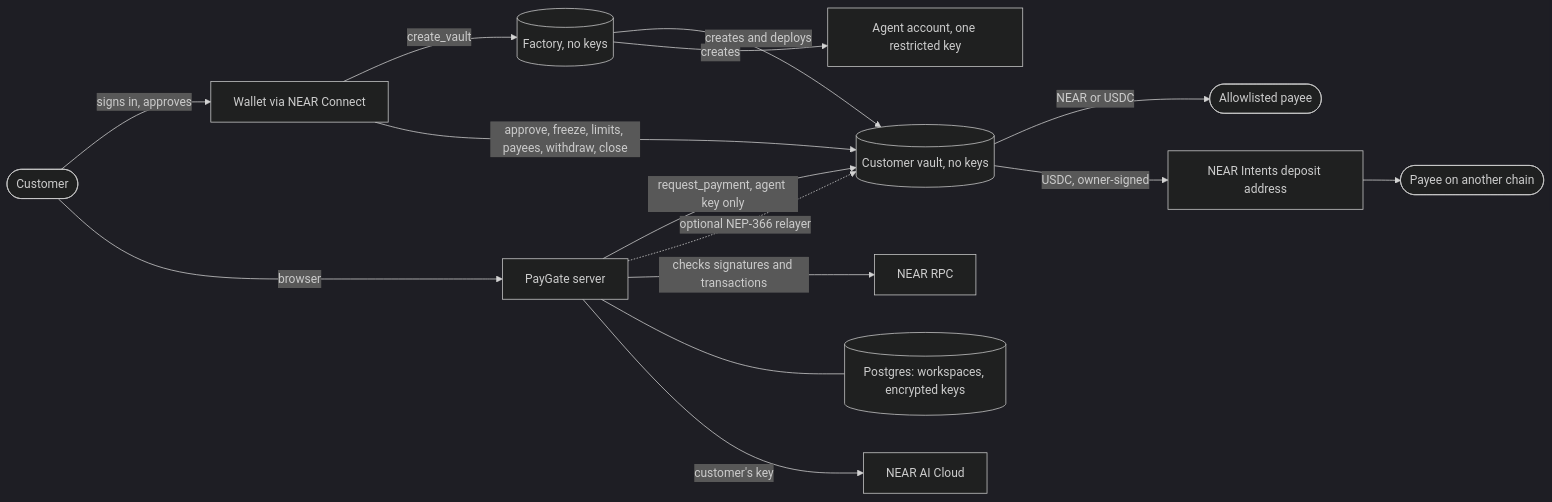
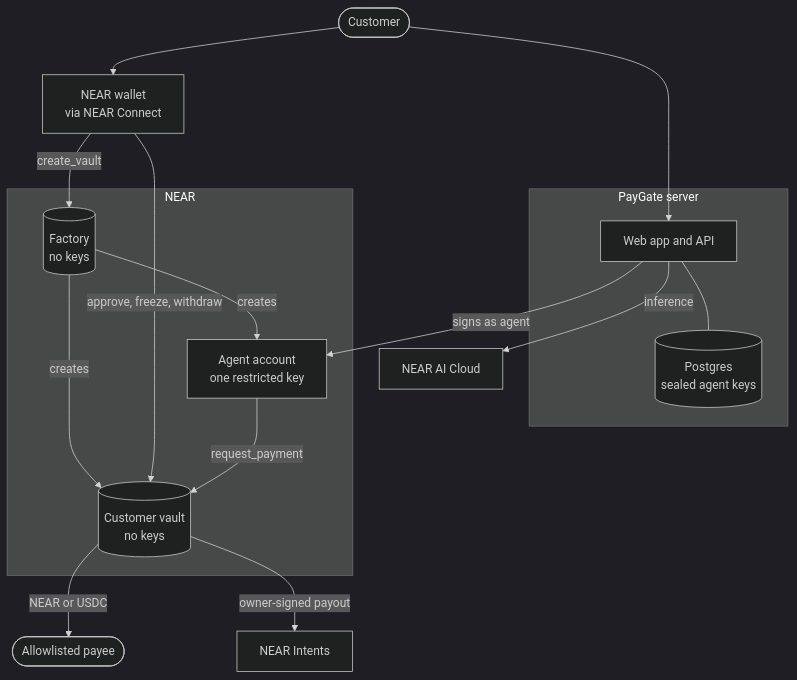
One commit to drained69/PayGate changed the second of 3 diagrams in README.md. Above: the diagram before and after it, drawn with Mermaid (dark theme). The commit also changed other lines of this file and 27 other files, not shown here.

````diff
--- a/README.md
+++ b/README.md
@@ -180,16 +181,30 @@
 ```mermaid
-flowchart LR
-  C([Customer]) -- signs in, approves --> W[Wallet via NEAR Connect]
-  C -- browser --> S[PayGate server]
-  W -- create_vault --> F[(Factory, no keys)]
-  F -- creates and deploys --> V[(Customer vault, no keys)]
-  F -- creates --> A[Agent account, one restricted key]
-  W -- approve, freeze, limits, payees, withdraw, close --> V
-  S -- request_payment, agent key only --> V
-  S -. optional NEP-366 relayer .-> V
-  S -- checks signatures and transactions --> R[NEAR RPC]
-  S --- DB[(Postgres: workspaces, encrypted keys)]
-  V -- NEAR or USDC --> P([Allowlisted payee])
-  V -- USDC, owner-signed --> I[NEAR Intents deposit address] --> X([Payee on another chain])
-  S -- customer's key --> AI[NEAR AI Cloud]
+flowchart TB
+  C([Customer])
+  W[NEAR wallet<br/>via NEAR Connect]
+  subgraph server [PayGate server]
+    S[Web app and API]
+    DB[(Postgres<br/>sealed agent keys)]
+  end
+  subgraph near [NEAR]
+    F[(Factory<br/>no keys)]
+    V[(Customer vault<br/>no keys)]
+    A[Agent account<br/>one restricted key]
+  end
+  P([Allowlisted payee])
+  AI[NEAR AI Cloud]
+  I[NEAR Intents]
+
+  C --> S
+  C --> W
+  W -->|create_vault| F
+  F -->|creates| V
+  F -->|creates| A
+  W -->|approve, freeze, withdraw| V
+  S --- DB
+  S -->|signs as agent| A
+  A -->|request_payment| V
+  S -->|inference| AI
+  V -->|NEAR or USDC| P
+  V -->|owner-signed payout| I
 ```
````
